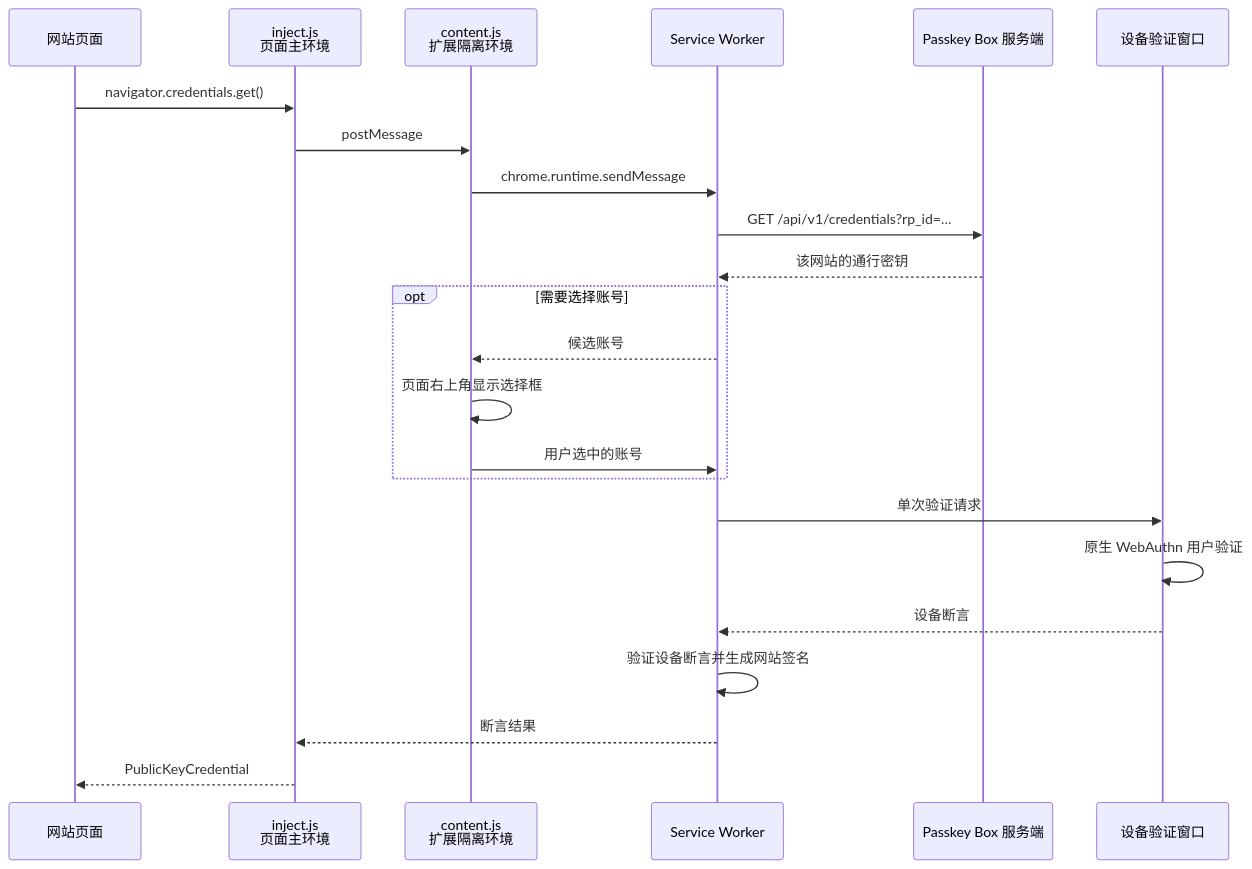
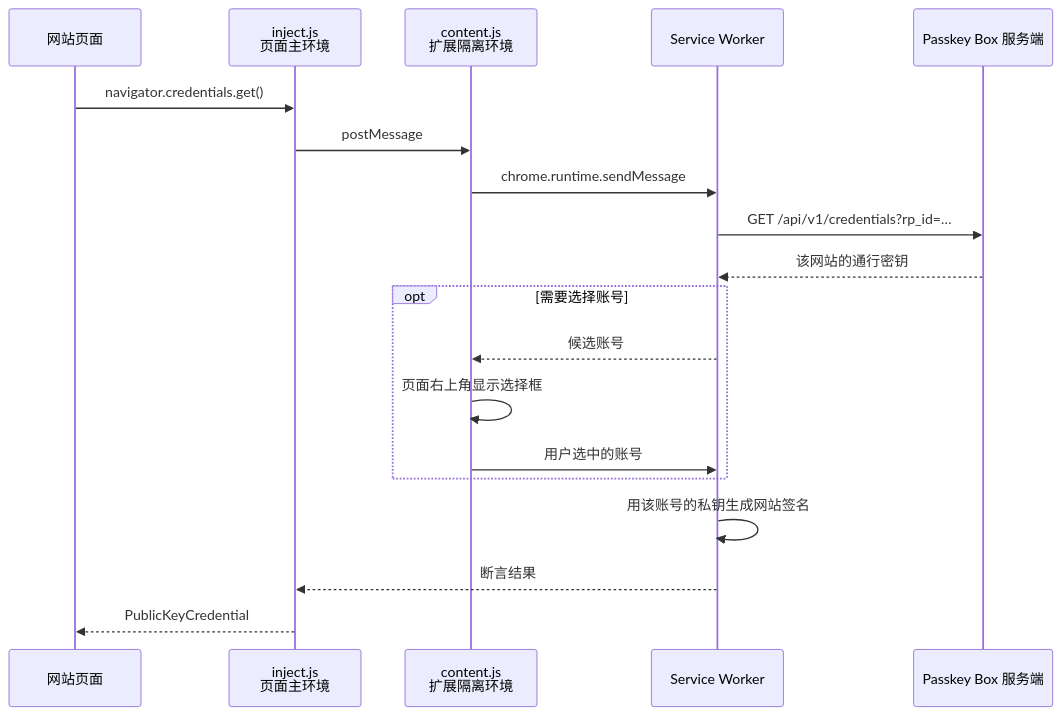
Before and after one commit to riba2534/passkey-box: the diagram in README.md, drawn with Mermaid. The commit also changed other lines of this file and 26 other files, not shown here.

````diff
--- a/README.md
+++ b/README.md
@@ -176,26 +186,22 @@
 ```mermaid
 sequenceDiagram
     participant Site as 网站页面
     participant Inject as inject.js<br/>页面主环境
     participant Content as content.js<br/>扩展隔离环境
     participant SW as Service Worker
     participant Server as Passkey Box 服务端
-    participant Device as 设备验证窗口
 
     Site->>Inject: navigator.credentials.get()
     Inject->>Content: postMessage
     Content->>SW: chrome.runtime.sendMessage
     SW->>Server: GET /api/v1/credentials?rp_id=…
     Server-->>SW: 该网站的通行密钥
     opt 需要选择账号
         SW-->>Content: 候选账号
         Content->>Content: 页面右上角显示选择框
         Content->>SW: 用户选中的账号
     end
-    SW->>Device: 单次验证请求
-    Device->>Device: 原生 WebAuthn 用户验证
-    Device-->>SW: 设备断言
-    SW->>SW: 验证设备断言并生成网站签名
+    SW->>SW: 用该账号的私钥生成网站签名
     SW-->>Inject: 断言结果
     Inject-->>Site: PublicKeyCredential
 ```
````
